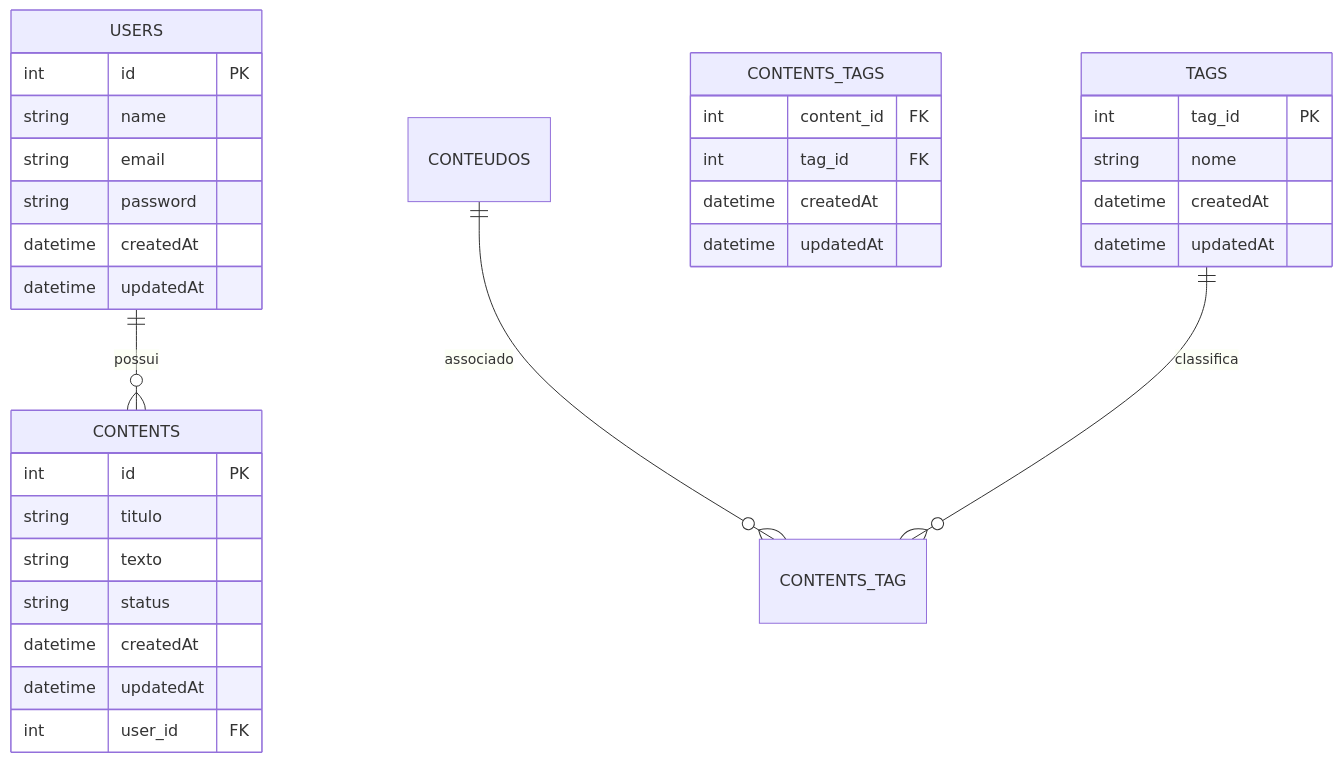
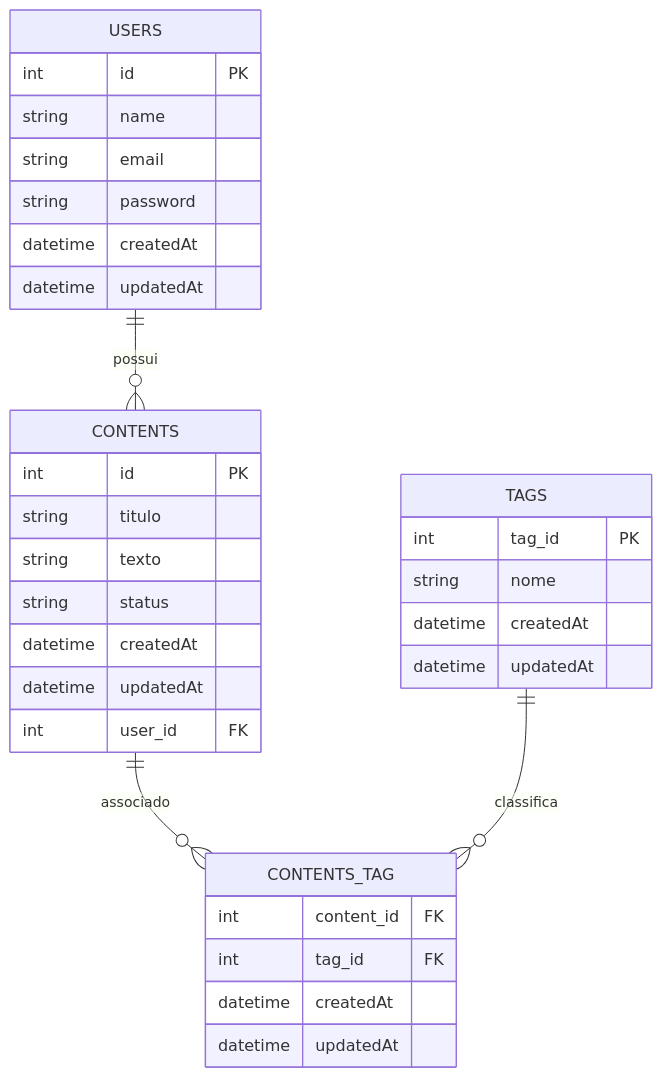
Before and after one commit to victor-alexandre/TJGO-Frontend: the diagram in Trabalho Final/README.md, drawn with Mermaid.

Commit message:
ajustando der

````diff
--- a/Trabalho Final/README.md
+++ b/Trabalho Final/README.md
@@ -96,36 +96,36 @@
 ```mermaid
 erDiagram
     USERS {
         int id PK
         string name
         string email
         string password
         datetime createdAt
         datetime updatedAt
     }
     CONTENTS {
         int id PK
         string titulo
         string texto
         string status
         datetime createdAt
         datetime updatedAt
         int user_id FK
     }
     TAGS {
         int tag_id PK
         string nome
         datetime createdAt
         datetime updatedAt
     }
-    CONTENTS_TAGS {
+    CONTENTS_TAG {
         int content_id FK
         int tag_id FK
         datetime createdAt
         datetime updatedAt
     }
 
     USERS ||--o{ CONTENTS : "possui"
-    CONTEUDOS ||--o{ CONTENTS_TAG : "associado"
+    CONTENTS ||--o{ CONTENTS_TAG : "associado"
     TAGS ||--o{ CONTENTS_TAG : "classifica"
 ```
````
